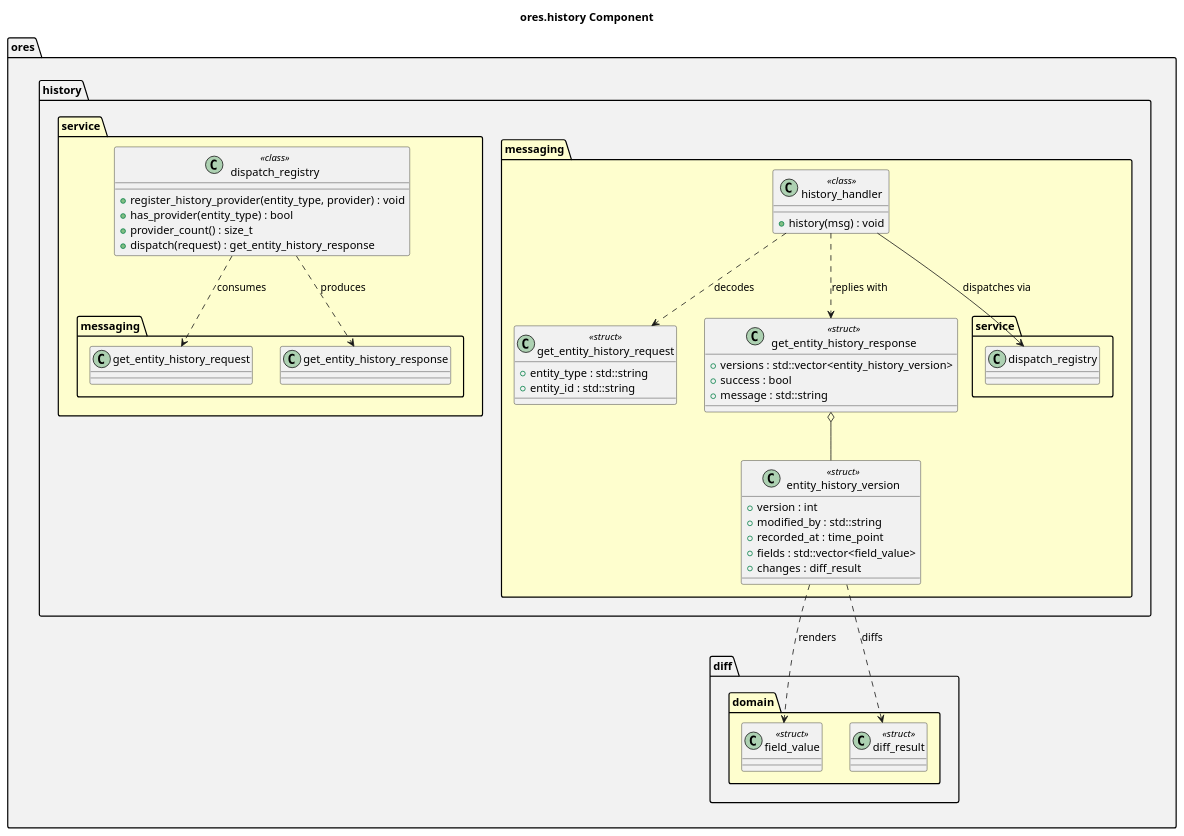
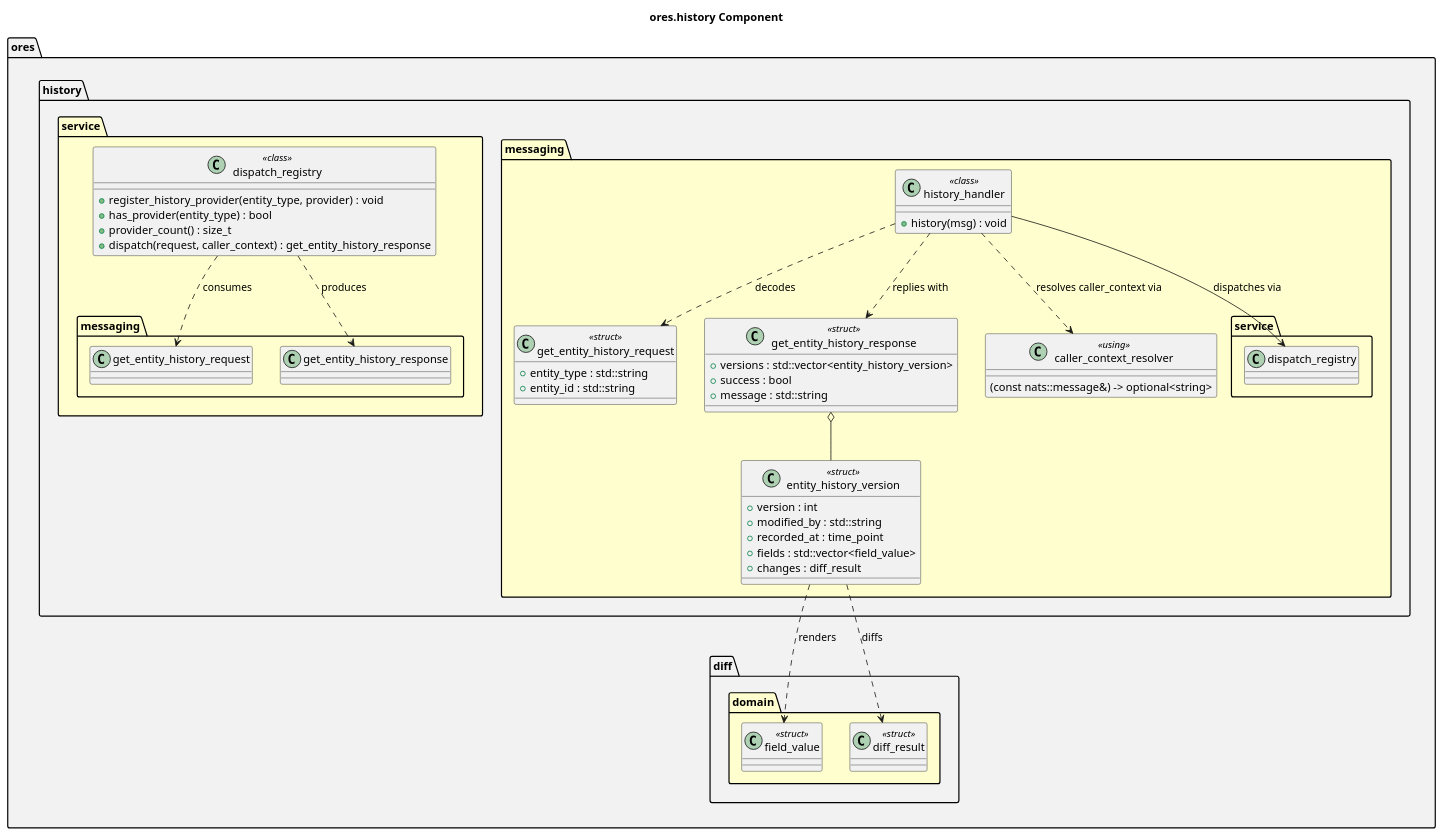
Before and after one commit to OreStudio/OreStudio: the diagram in projects/ores.history/modeling/ores.history.puml, drawn with PlantUML. The commit also changed 8 other files, not shown here.

First line of the commit message:
[history] Thread an opaque caller_context through dispatch_registry and history_handler

```diff
--- a/projects/ores.history/modeling/ores.history.puml
+++ b/projects/ores.history/modeling/ores.history.puml
@@ -18,62 +18,70 @@
 @startuml
 
 title ores.history Component
 
 set namespaceSeparator ::
 
 namespace ores #F2F2F2 {
     namespace diff #F2F2F2 {
         namespace domain #FEFECE {
             class field_value <<struct>>
             class diff_result <<struct>>
         }
     }
     namespace history #F2F2F2 {
         namespace messaging #FEFECE {
             class get_entity_history_request <<struct>> {
                 +entity_type : std::string
                 +entity_id : std::string
             }
             class get_entity_history_response <<struct>> {
                 +versions : std::vector<entity_history_version>
                 +success : bool
                 +message : std::string
             }
             class entity_history_version <<struct>> {
                 +version : int
                 +modified_by : std::string
                 +recorded_at : time_point
                 +fields : std::vector<field_value>
                 +changes : diff_result
             }
             get_entity_history_response o-- entity_history_version
             entity_history_version ..> ores::diff::domain::field_value : renders
             entity_history_version ..> ores::diff::domain::diff_result : diffs
 
             class history_handler <<class>> {
                 +history(msg) : void
             }
             history_handler --> service::dispatch_registry : dispatches via
             history_handler ..> get_entity_history_request : decodes
             history_handler ..> get_entity_history_response : replies with
+            history_handler ..> caller_context_resolver : resolves caller_context via
+
+            class caller_context_resolver <<using>> {
+                (const nats::message&) -> optional<string>
+            }
         }
         namespace service #FEFECE {
             class dispatch_registry <<class>> {
                 +register_history_provider(entity_type, provider) : void
                 +has_provider(entity_type) : bool
                 +provider_count() : size_t
-                +dispatch(request) : get_entity_history_response
+                +dispatch(request, caller_context) : get_entity_history_response
             }
             dispatch_registry ..> messaging::get_entity_history_request : consumes
             dispatch_registry ..> messaging::get_entity_history_response : produces
         }
     }
 }
 
 note right of ores::history::messaging::history_handler
-  register_history_handlers(nats, registry, queue_group)
+  register_history_handlers(nats, registry, queue_group, resolve_context)
   subscribes the single history.v1.get subject to a
   history_handler backed by the caller-owned registry.
+  caller_context is opaque to ores.history: the resolver
+  and each history_provider agree on its shape privately
+  (typically tenant_id, optionally party_id/actor).
 end note
 
 @enduml
```
